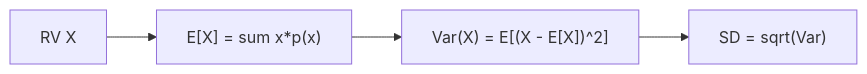
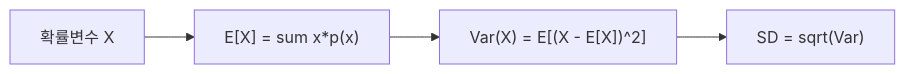
One commit to yeongseon-books/book-content changed the diagram in content/probability-101/ko/06-expectation-and-variance.md. Above: the diagram before and after it, drawn with Mermaid. The commit also changed other lines of this file and 9 other files, not shown here.

````diff
--- a/content/probability-101/ko/06-expectation-and-variance.md
+++ b/content/probability-101/ko/06-expectation-and-variance.md
@@ -35,6 +51,6 @@
 ```mermaid
 flowchart LR
-    X["RV X"] --> E["E[X] = sum x*p(x)"]
+    X["확률변수 X"] --> E["E[X] = sum x*p(x)"]
     E --> Var["Var(X) = E[(X - E[X])^2]"]
     Var --> SD["SD = sqrt(Var)"]
 ```
````
